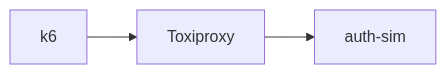
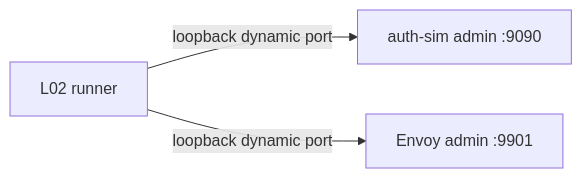
The third of 4 diagrams in README.md (imcherry5778-labs/github-capacity-cascade-lab), drawn with Mermaid before and after one commit. The commit also changed other lines of this file and 6 other files, not shown here.

````diff
--- a/README.md
+++ b/README.md
@@ -78,5 +80,5 @@
 ```mermaid
 flowchart LR
-    K2[k6] --> T[Toxiproxy]
-    T --> A2[auth-sim]
+    X[L02 runner] -->|loopback dynamic port| D[auth-sim admin :9090]
+    X -->|loopback dynamic port| S[Envoy admin :9901]
 ```
````
